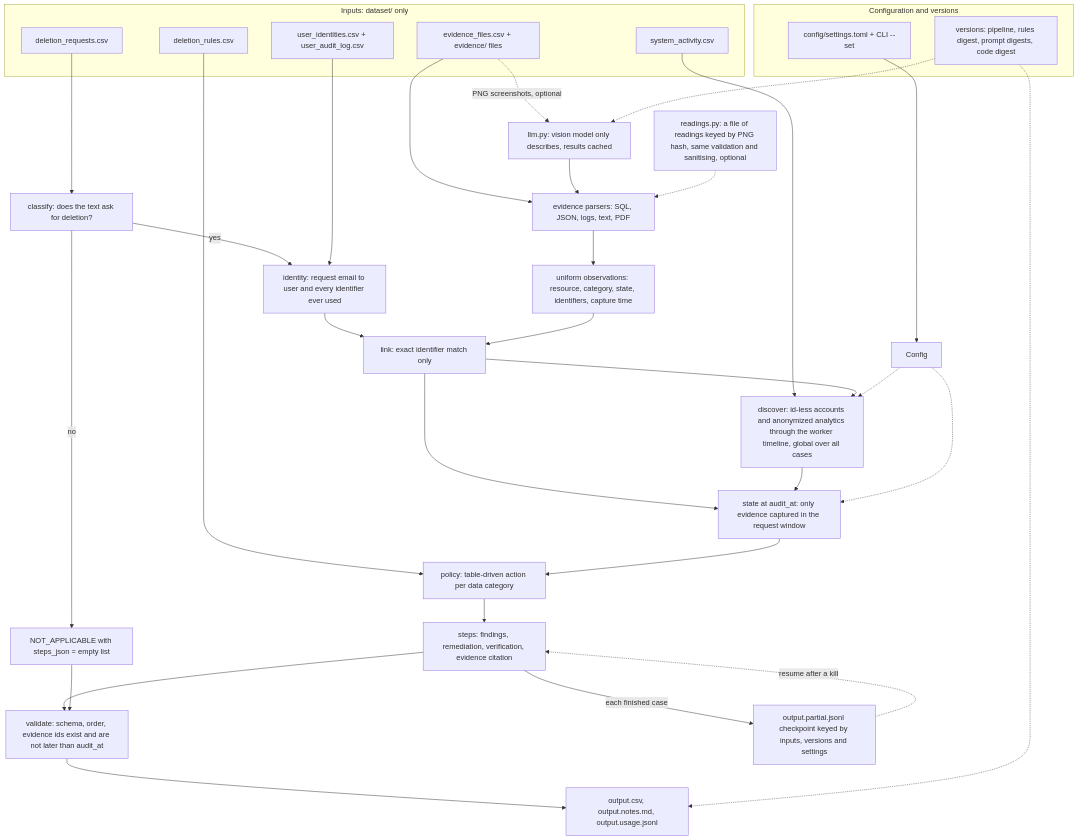
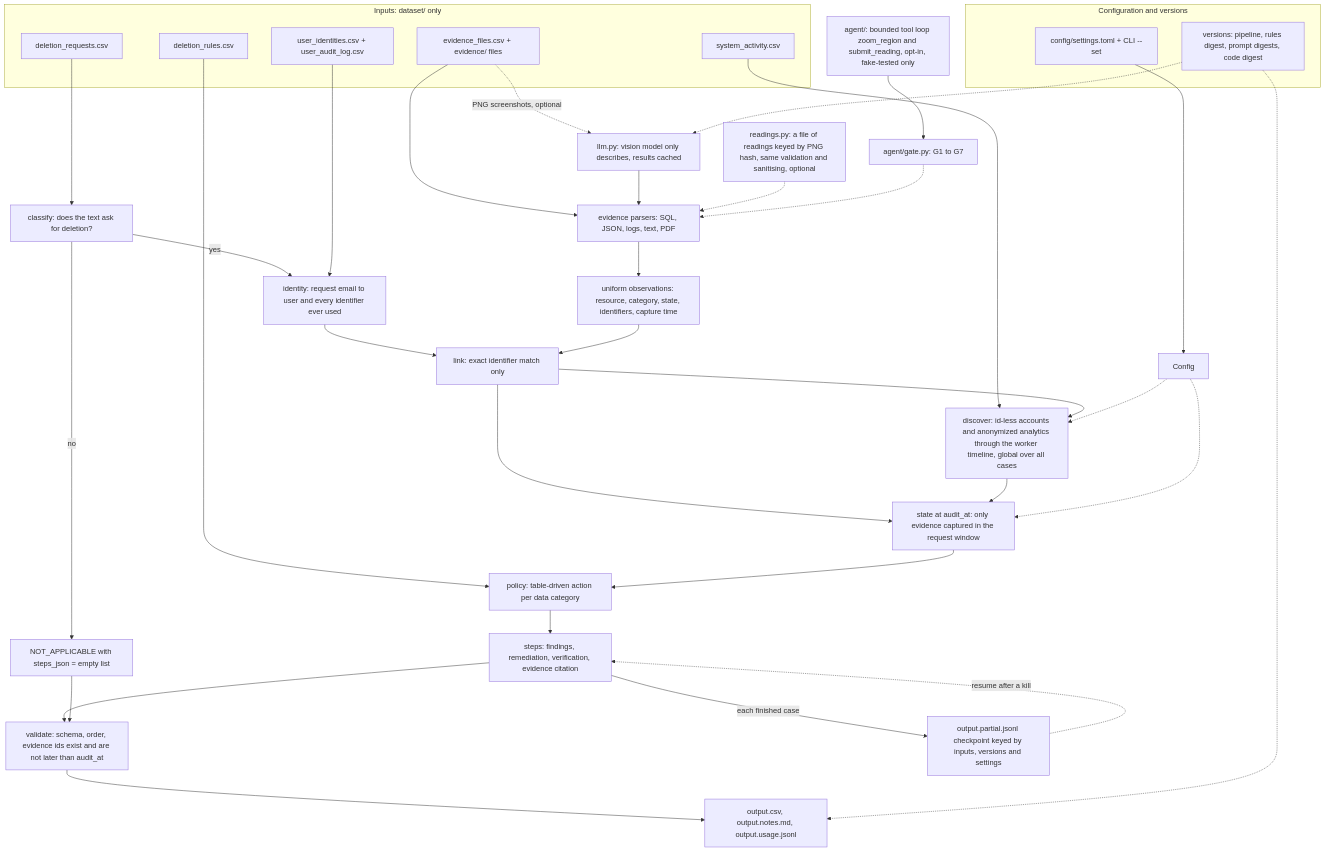
Before and after one commit to mohamedrahul56/hackerrank-orchestrate-october26: the diagram in ARCHITECTURE.md, drawn with Mermaid. The commit also changed other lines of this file and 40 other files, not shown here.

First line of the commit message:
Opt-in bounded agent layer (--images agent): zoom_region and submit_reading tools, deterministic gate G1-G11, versioned prompts, fake-client tests, no-change proofs, documents

````diff
--- a/ARCHITECTURE.md
+++ b/ARCHITECTURE.md
@@ -7,45 +7,47 @@
 ```mermaid
 flowchart TD
     subgraph IN["Inputs: dataset/ only"]
         REQ["deletion_requests.csv"]
         IDT["user_identities.csv + user_audit_log.csv"]
         RUL["deletion_rules.csv"]
         ACT["system_activity.csv"]
         EVF["evidence_files.csv + evidence/ files"]
     end
 
     subgraph SET["Configuration and versions"]
         TOML["config/settings.toml + CLI --set"]
         VER["versions: pipeline, rules digest, prompt digests, code digest"]
     end
 
     REQ --> CLS["classify: does the text ask for deletion?"]
     CLS -- "no" --> NA["NOT_APPLICABLE with steps_json = empty list"]
     CLS -- "yes" --> IDR["identity: request email to user and every identifier ever used"]
     IDT --> IDR
     EVF --> PARSE["evidence parsers: SQL, JSON, logs, text, PDF"]
     EVF -. "PNG screenshots, optional" .-> VLM["llm.py: vision model only describes, results cached"]
     VLM --> PARSE
     RDG["readings.py: a file of readings keyed by PNG hash, same validation and sanitising, optional"] -.-> PARSE
+    AGT["agent/: bounded tool loop zoom_region and submit_reading, opt-in, fake-tested only"] --> GATE["agent/gate.py: G1 to G7"]
+    GATE -.-> PARSE
     PARSE --> OBS["uniform observations: resource, category, state, identifiers, capture time"]
     IDR --> LINK["link: exact identifier match only"]
     OBS --> LINK
     ACT --> DISC["discover: id-less accounts and anonymized analytics through the worker timeline, global over all cases"]
     LINK --> DISC
     LINK --> STATE["state at audit_at: only evidence captured in the request window"]
     DISC --> STATE
     RUL --> POL["policy: table-driven action per data category"]
     STATE --> POL
     POL --> STEPS["steps: findings, remediation, verification, evidence citation"]
     STEPS --> VAL["validate: schema, order, evidence ids exist and are not later than audit_at"]
     NA --> VAL
     VAL --> OUT["output.csv, output.notes.md, output.usage.jsonl"]
 
     TOML --> CFG["Config"]
     CFG -.-> DISC
     CFG -.-> STATE
     VER -.-> OUT
     VER -.-> VLM
     STEPS -- "each finished case" --> CKPT["output.partial.jsonl checkpoint keyed by inputs, versions and settings"]
     CKPT -. "resume after a kill" .-> STEPS
 ```
````
